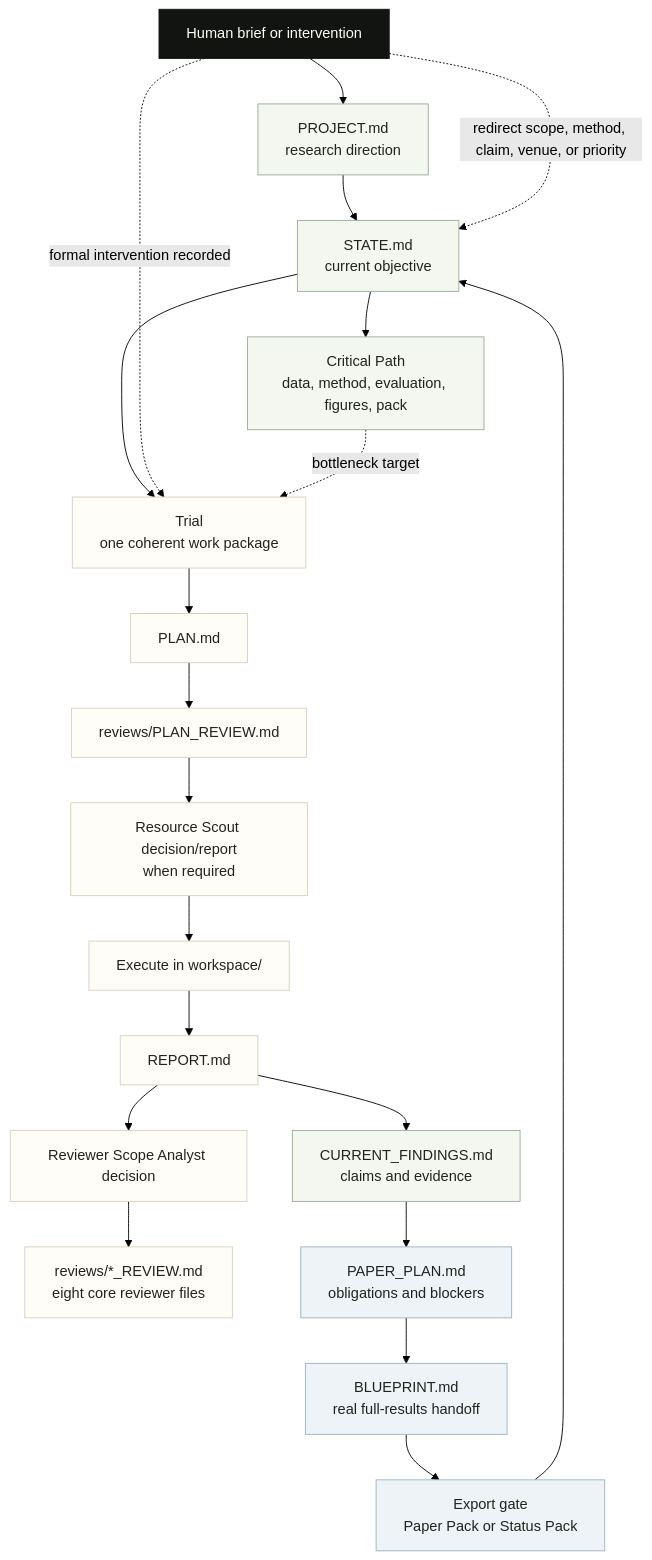
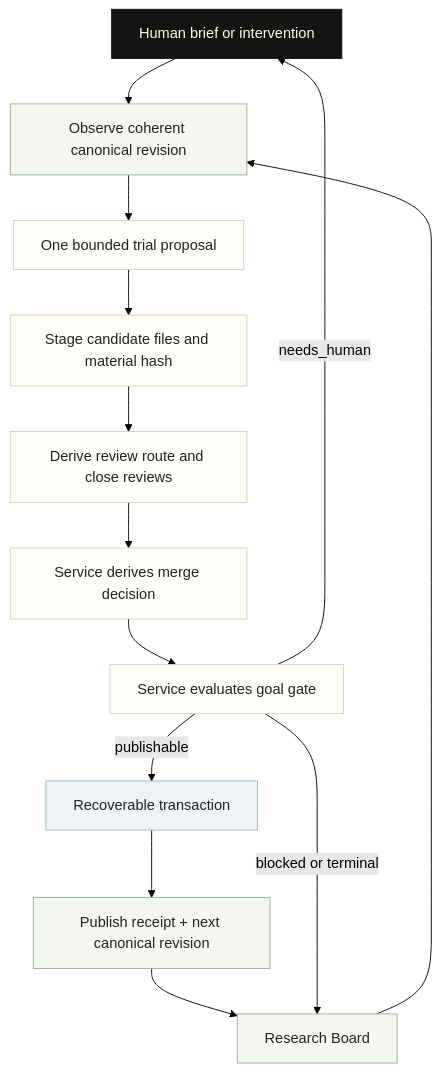
The diagram in docs/conceptual-framework.md (YihongT/CoAutoResearch), drawn with Mermaid (forest theme) before and after one commit. The commit also changed other lines of this file and 225 other files, not shown here.

First line of the commit message:
Prepare CoAutoResearch 2.0 release workspace

````diff
--- a/docs/conceptual-framework.md
+++ b/docs/conceptual-framework.md
@@ -9,33 +14,25 @@
 ```{mermaid}
 flowchart TD
-  H["Human brief or intervention"] --> P["PROJECT.md<br/>research direction"]
-  P --> S["STATE.md<br/>current objective"]
-  S --> CP["Critical Path<br/>data, method, evaluation, figures, pack"]
-  S --> T["Trial<br/>one coherent work package"]
-  T --> PL["PLAN.md"]
-  PL --> PR["reviews/PLAN_REVIEW.md"]
-  PR --> RS["Resource Scout decision/report<br/>when required"]
-  RS --> W["Execute in workspace/"]
-  W --> RP["REPORT.md"]
-  RP --> RA["Reviewer Scope Analyst decision"]
-  RA --> RV["reviews/*_REVIEW.md<br/>eight core reviewer files"]
-  RP --> F["CURRENT_FINDINGS.md<br/>claims and evidence"]
-  F --> PP["PAPER_PLAN.md<br/>obligations and blockers"]
-  PP --> BP["BLUEPRINT.md<br/>real full-results handoff"]
-  BP --> M["Export gate<br/>Paper Pack or Status Pack"]
-  M --> S
-
-  H -. "redirect scope, method, claim, venue, or priority" .-> S
-  H -. "formal intervention recorded" .-> T
-  CP -. "bottleneck target" .-> T
+  H["Human brief or intervention"] --> O["Observe coherent canonical revision"]
+  O --> T["One bounded trial proposal"]
+  T --> S["Stage candidate files and material hash"]
+  S --> R["Derive review route and close reviews"]
+  R --> M["Service derives merge decision"]
+  M --> G["Service evaluates goal gate"]
+  G -->|publishable| X["Recoverable transaction"]
+  X --> P["Publish receipt + next canonical revision"]
+  P --> B["Research Board"]
+  B --> O
+  G -->|needs_human| H
+  G -->|blocked or terminal| B
 
   classDef human fill:#111411,color:#fffdf6,stroke:#111411;
   classDef truth fill:#f4f7ef,stroke:#9aac9b,color:#20231f;
   classDef trial fill:#fffdf7,stroke:#d8cfbd,color:#20231f;
   classDef output fill:#edf3f6,stroke:#9bb4c2,color:#20231f;
 
   class H human;
-  class P,S,CP,F truth;
-  class T,PL,PR,RS,RA,RV,W,RP trial;
-  class PP,BP,M output;
+  class O,P,B truth;
+  class T,S,R,M,G trial;
+  class X output;
 ```
````
